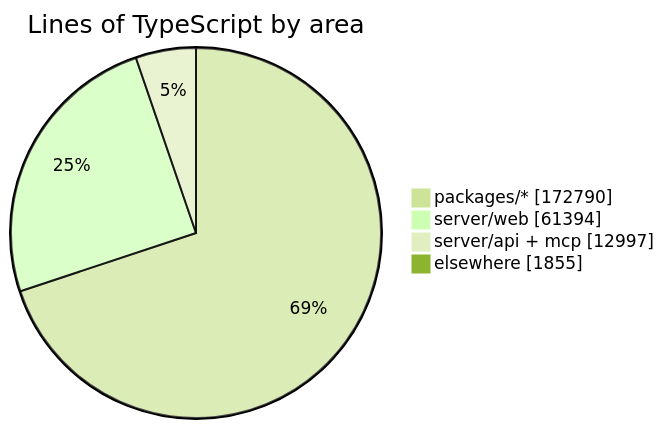
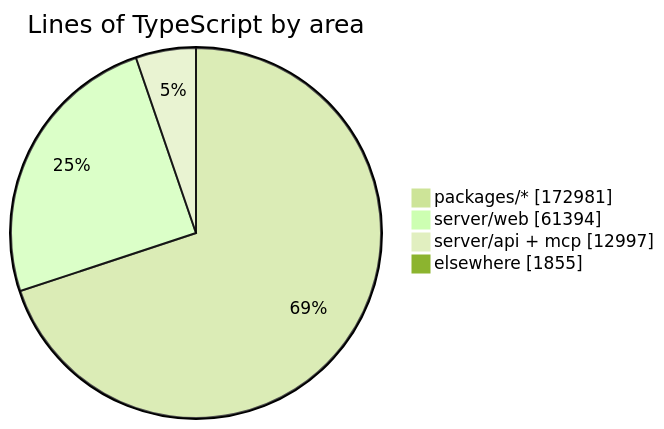
Before and after one commit to crossworks-engineering/mantle: the diagram in README.md, drawn with Mermaid (forest theme). The commit also changed other lines of this file and 2 other files, not shown here.

````diff
--- a/README.md
+++ b/README.md
@@ -279,7 +279,7 @@
 ```mermaid
 pie showData title Lines of TypeScript by area
-    "packages/*" : 172790
+    "packages/*" : 172981
     "server/web" : 61394
     "server/api + mcp" : 12997
     "elsewhere" : 1855
 ```
````
